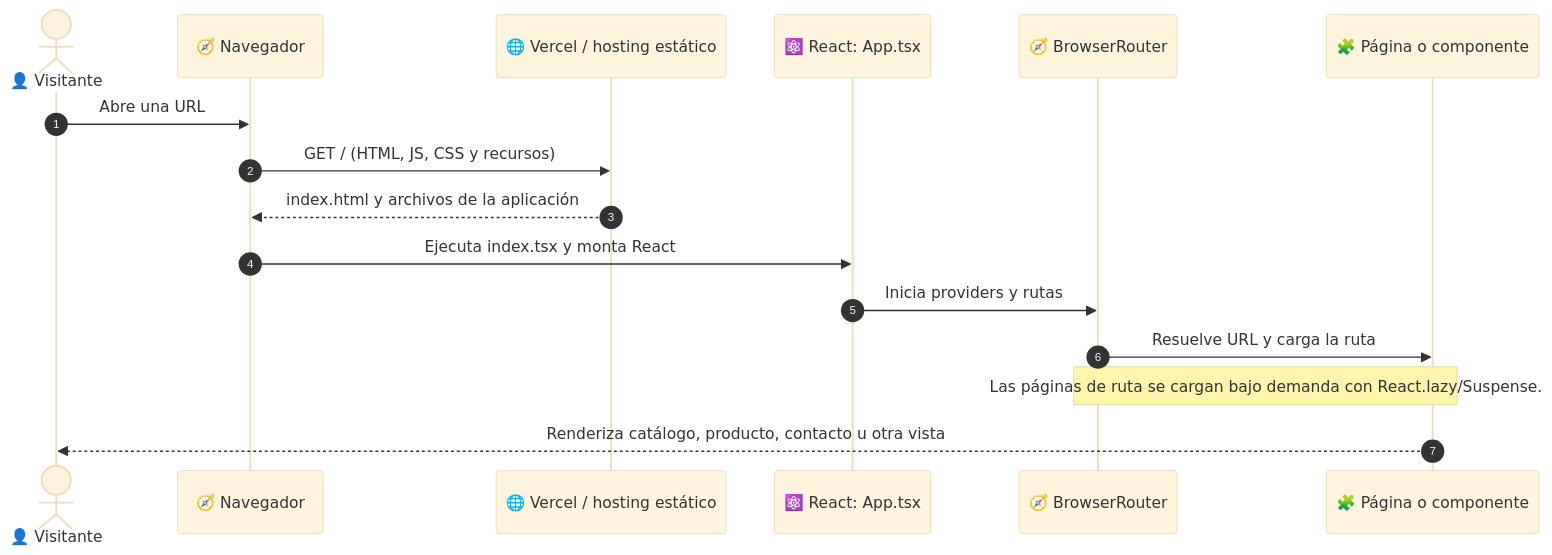
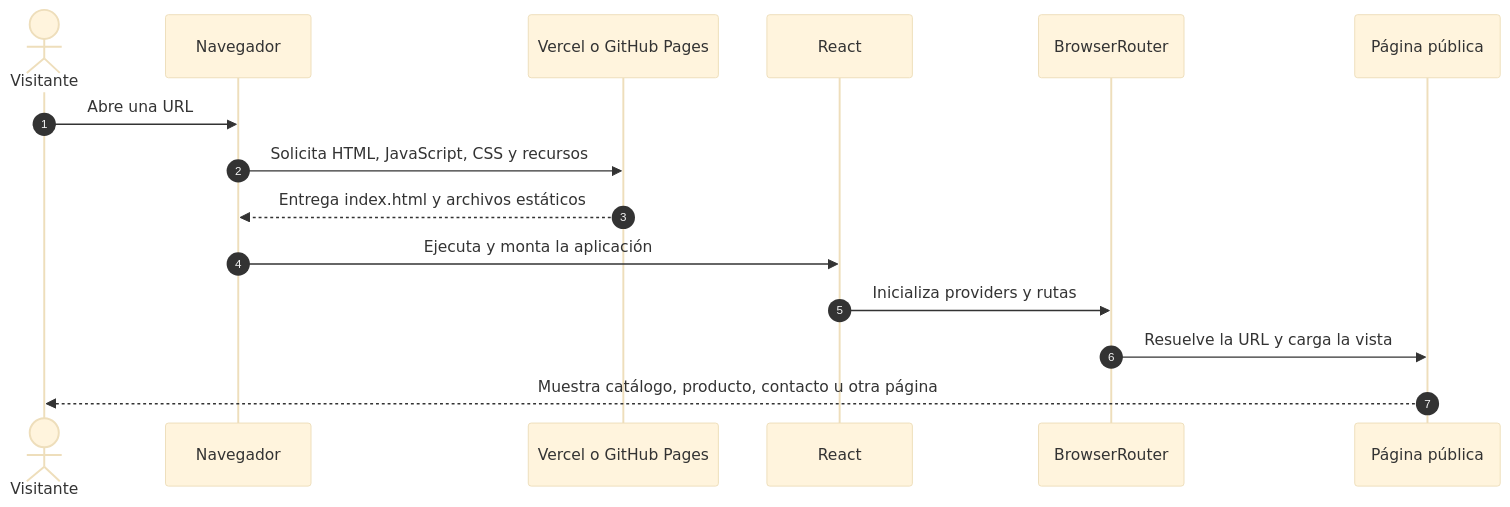
One commit to LuisJacoboRoy/Webpd changed the first of 2 diagrams in DIAGRAMA_SECUENCIA.md. Above: the diagram before and after it, drawn with Mermaid (base theme). The commit also changed other lines of this file and 39 other files, not shown here.

````diff
--- a/DIAGRAMA_SECUENCIA.md
+++ b/DIAGRAMA_SECUENCIA.md
@@ -25,19 +5,18 @@
 ```mermaid
 sequenceDiagram
     autonumber
-    actor Visitante as 👤 Visitante
-    participant Navegador as 🧭 Navegador
-    participant Hosting as 🌐 Vercel / hosting estático
-    participant App as ⚛️ React: App.tsx
-    participant Router as 🧭 BrowserRouter
-    participant Pagina as 🧩 Página o componente
+    actor Visitante as Visitante
+    participant Navegador as Navegador
+    participant Hosting as Vercel o GitHub Pages
+    participant App as React
+    participant Router as BrowserRouter
+    participant Pagina as Página pública
 
     Visitante->>Navegador: Abre una URL
-    Navegador->>Hosting: GET / (HTML, JS, CSS y recursos)
-    Hosting-->>Navegador: index.html y archivos de la aplicación
-    Navegador->>App: Ejecuta index.tsx y monta React
-    App->>Router: Inicia providers y rutas
-    Router->>Pagina: Resuelve URL y carga la ruta
-    Note over Router,Pagina: Las páginas de ruta se cargan bajo demanda con React.lazy/Suspense.
-    Pagina-->>Visitante: Renderiza catálogo, producto, contacto u otra vista
+    Navegador->>Hosting: Solicita HTML, JavaScript, CSS y recursos
+    Hosting-->>Navegador: Entrega index.html y archivos estáticos
+    Navegador->>App: Ejecuta y monta la aplicación
+    App->>Router: Inicializa providers y rutas
+    Router->>Pagina: Resuelve la URL y carga la vista
+    Pagina-->>Visitante: Muestra catálogo, producto, contacto u otra página
 ```
````
